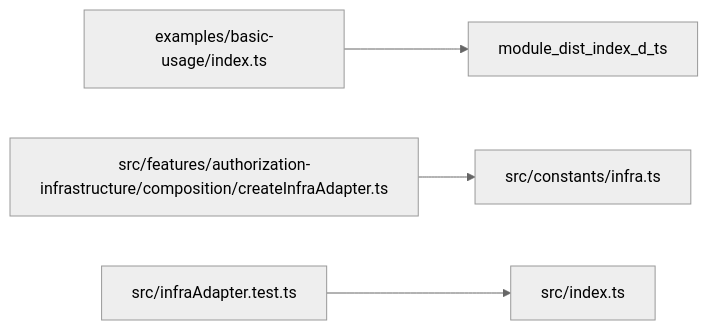
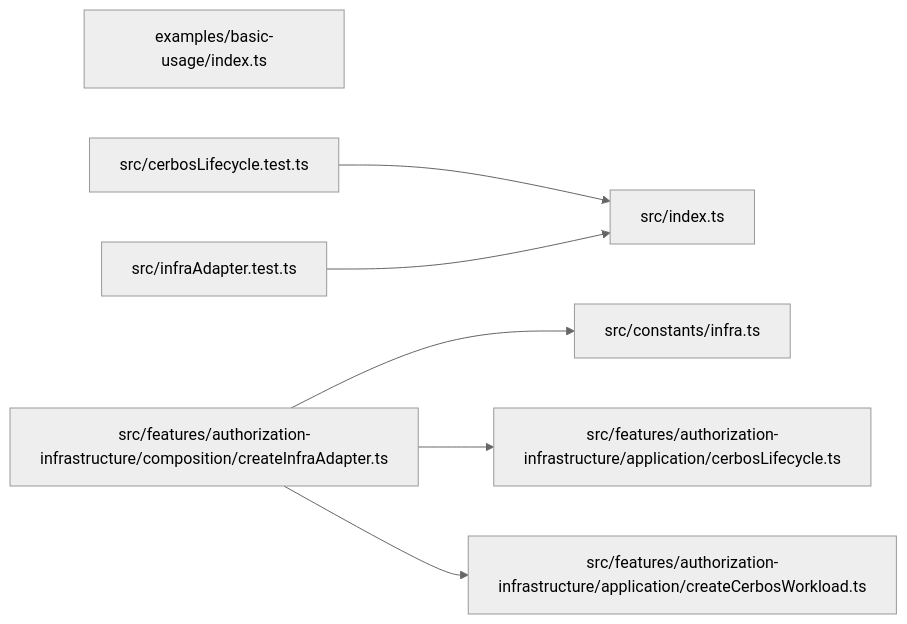
The diagram in paradox/diagrams/module-relationships.mmd (ankhorage/cerbos), drawn with Mermaid (neutral theme) before and after one commit. The commit also changed 15 other files, not shown here.

First line of the commit message:
feat: implement cerbos service lifecycle (#2)

```diff
--- a/paradox/diagrams/module-relationships.mmd
+++ b/paradox/diagrams/module-relationships.mmd
@@ -1,9 +1,14 @@
 graph LR
   module_examples_basic_usage_index_ts["examples/basic-usage/index.ts"]
+  module_src_cerbosLifecycle_test_ts["src/cerbosLifecycle.test.ts"]
   module_src_constants_infra_ts["src/constants/infra.ts"]
+  module_src_features_authorization_infrastructure_application_cerbosLifecycle_ts["src/features/authorization-infrastructure/application/cerbosLifecycle.ts"]
+  module_src_features_authorization_infrastructure_application_createCerbosWorkload_ts["src/features/authorization-infrastructure/application/createCerbosWorkload.ts"]
   module_src_features_authorization_infrastructure_composition_createInfraAdapter_ts["src/features/authorization-infrastructure/composition/createInfraAdapter.ts"]
   module_src_index_ts["src/index.ts"]
   module_src_infraAdapter_test_ts["src/infraAdapter.test.ts"]
-  module_examples_basic_usage_index_ts --> module_dist_index_d_ts
+  module_src_cerbosLifecycle_test_ts --> module_src_index_ts
   module_src_features_authorization_infrastructure_composition_createInfraAdapter_ts --> module_src_constants_infra_ts
+  module_src_features_authorization_infrastructure_composition_createInfraAdapter_ts --> module_src_features_authorization_infrastructure_application_cerbosLifecycle_ts
+  module_src_features_authorization_infrastructure_composition_createInfraAdapter_ts --> module_src_features_authorization_infrastructure_application_createCerbosWorkload_ts
   module_src_infraAdapter_test_ts --> module_src_index_ts
```
